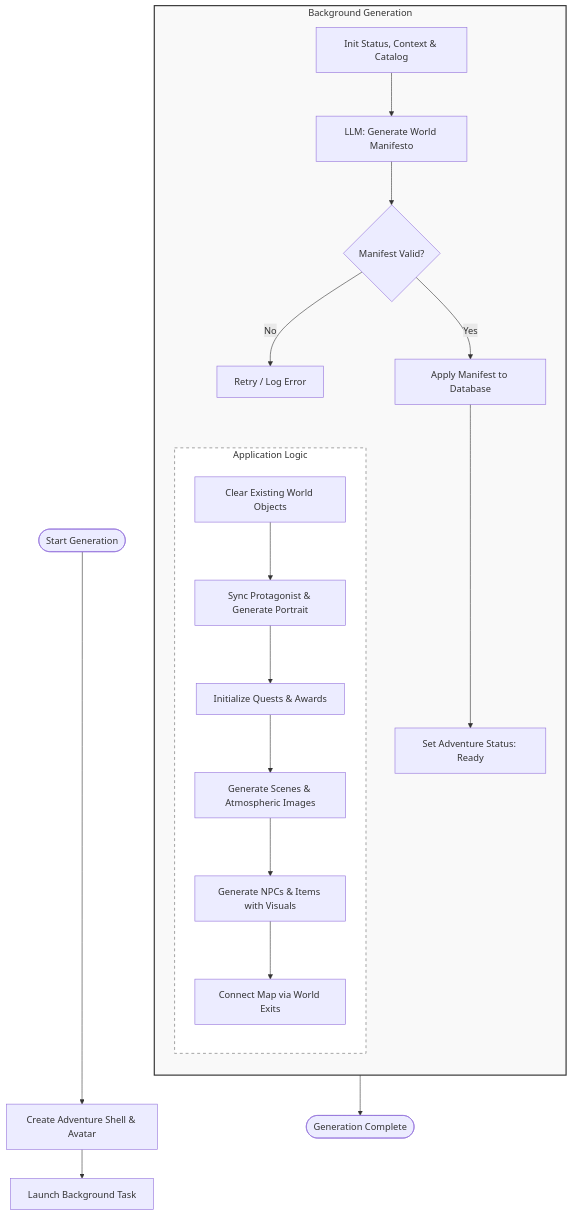
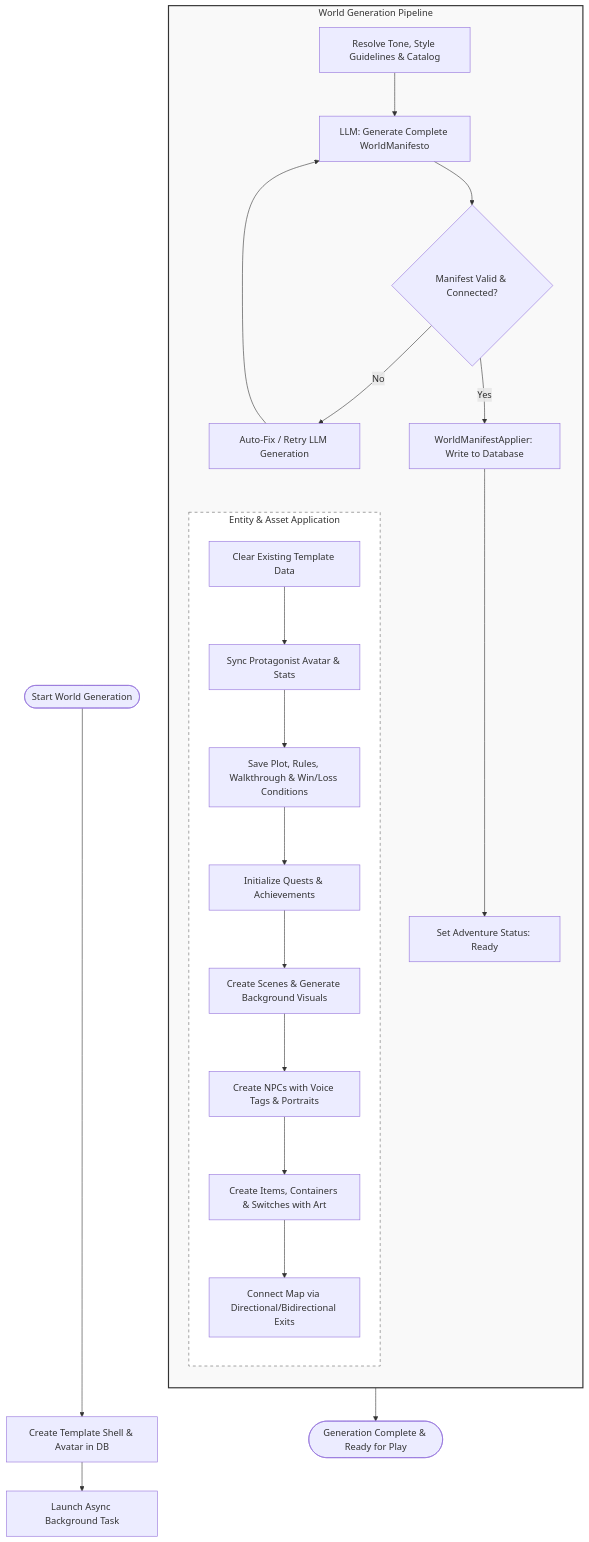
One commit to jschm42/taleweaver changed the diagram in docs/diagrams/adventure_generation_activity.mermaid. Above: the diagram before and after it, drawn with Mermaid. The commit also changed 14 other files, not shown here.

Commit message:
docs: document the LLM turn pipeline, entity validation, and adventure generation workflows.

```diff
--- a/docs/diagrams/adventure_generation_activity.mermaid
+++ b/docs/diagrams/adventure_generation_activity.mermaid
@@ -1,27 +1,30 @@
 flowchart TD
-    Start([Start Generation]) --> CreateShell[Create Adventure Shell & Avatar]
-    CreateShell --> StartBG[Launch Background Task]
+    Start([Start World Generation]) --> CreateShell[Create Template Shell & Avatar in DB]
+    CreateShell --> StartBG[Launch Async Background Task]
     
-    subgraph BackgroundTask [Background Generation]
+    subgraph BackgroundTask [World Generation Pipeline]
         direction TB
-        Init[Init Status, Context & Catalog] --> CallLLM[LLM: Generate World Manifesto]
-        CallLLM --> ValidateManifest{Manifest Valid?}
-        ValidateManifest -- No --> Retry[Retry / Log Error]
-        ValidateManifest -- Yes --> ApplyManifest[Apply Manifest to Database]
+        Init[Resolve Tone, Style Guidelines & Catalog] --> CallLLM[LLM: Generate Complete WorldManifesto]
+        CallLLM --> ValidateManifest{Manifest Valid & Connected?}
+        ValidateManifest -- No --> Retry[Auto-Fix / Retry LLM Generation]
+        Retry --> CallLLM
+        ValidateManifest -- Yes --> ApplyManifest[WorldManifestApplier: Write to Database]
         
-        subgraph ApplyLogic [Application Logic]
+        subgraph ApplyLogic [Entity & Asset Application]
             direction TB
-            ClearDB[Clear Existing World Objects] --> Protagonist[Sync Protagonist & Generate Portrait]
-            Protagonist --> Quests[Initialize Quests & Awards]
-            Quests --> Scenes[Generate Scenes & Atmospheric Images]
-            Scenes --> Entities[Generate NPCs & Items with Visuals]
-            Entities --> Exits[Connect Map via World Exits]
+            ClearDB[Clear Existing Template Data] --> Protagonist[Sync Protagonist Avatar & Stats]
+            Protagonist --> Meta[Save Plot, Rules, Walkthrough & Win/Loss Conditions]
+            Meta --> Quests[Initialize Quests & Achievements]
+            Quests --> Scenes[Create Scenes & Generate Background Visuals]
+            Scenes --> NPCs[Create NPCs with Voice Tags & Portraits]
+            NPCs --> Objects[Create Items, Containers & Switches with Art]
+            Objects --> Exits[Connect Map via Directional/Bidirectional Exits]
         end
         
         ApplyManifest --> Finalize[Set Adventure Status: Ready]
     end
     
-    Finalize --> End([Generation Complete])
+    Finalize --> End([Generation Complete & Ready for Play])
     
     style BackgroundTask fill:#f9f9f9,stroke:#333,stroke-width:2px
     style ApplyLogic fill:#fff,stroke:#666,stroke-dasharray: 5 5
```
